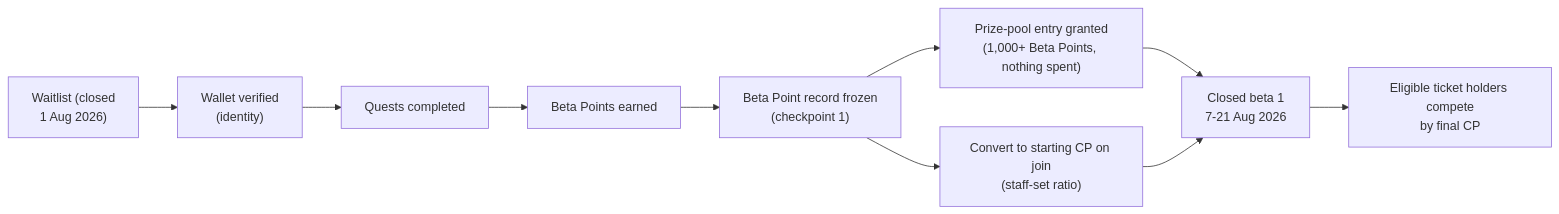
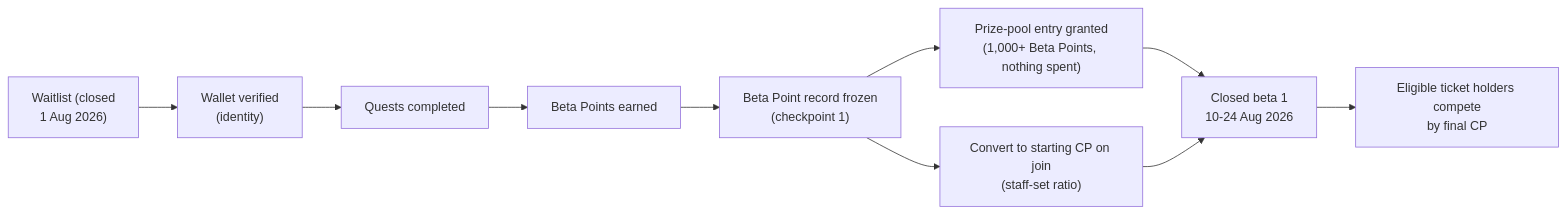
One commit to aiclawarena/ai-clawarena-public changed the diagram in docs/waitlist.md. Above: the diagram before and after it, drawn with Mermaid. The commit also changed other lines of this file and 7 other files, not shown here.

Commit message:
docs: publish revised closed beta schedule

````diff
--- a/docs/waitlist.md
+++ b/docs/waitlist.md
@@ -30,12 +30,12 @@
 ```mermaid
 flowchart LR
     Join["Waitlist (closed<br/>1 Aug 2026)"] --> Wallet["Wallet verified<br/>(identity)"]
     Wallet --> Quests["Quests completed"]
     Quests --> Points["Beta Points earned"]
     Points --> Freeze["Beta Point record frozen<br/>(checkpoint 1)"]
     Freeze --> Ticket["Prize-pool entry granted<br/>(1,000+ Beta Points, nothing spent)"]
     Freeze --> Start["Convert to starting CP on join<br/>(staff-set ratio)"]
-    Ticket --> Beta["Closed beta 1<br/>7-21 Aug 2026"]
+    Ticket --> Beta["Closed beta 1<br/>10-24 Aug 2026"]
     Start --> Beta
     Beta --> Pool["Eligible ticket holders compete<br/>by final CP"]
 ```
````
